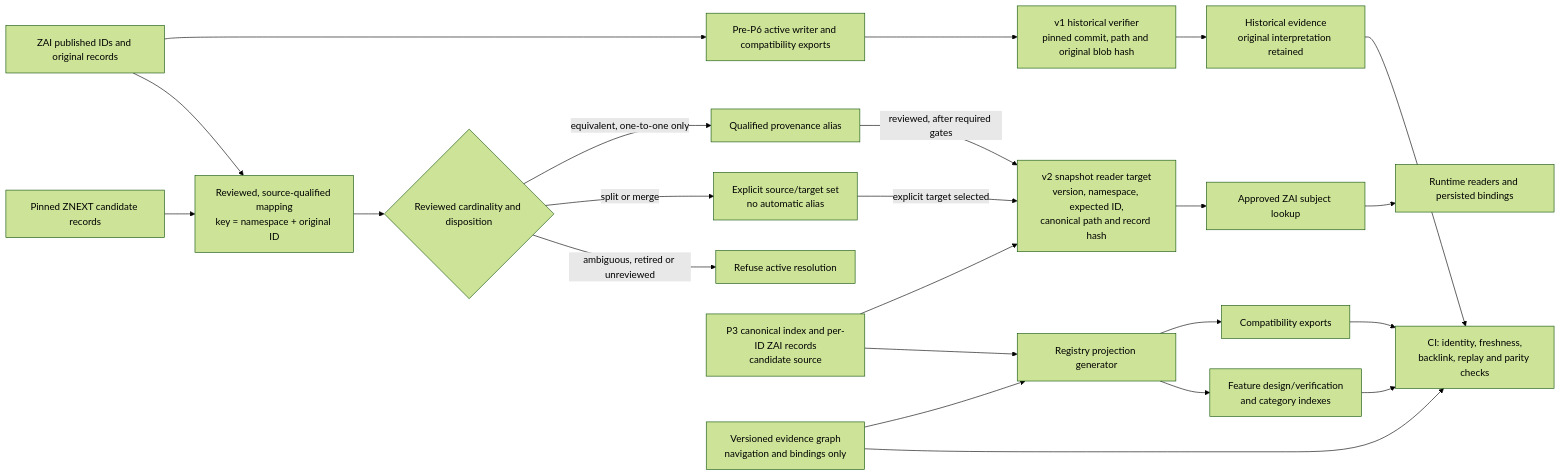
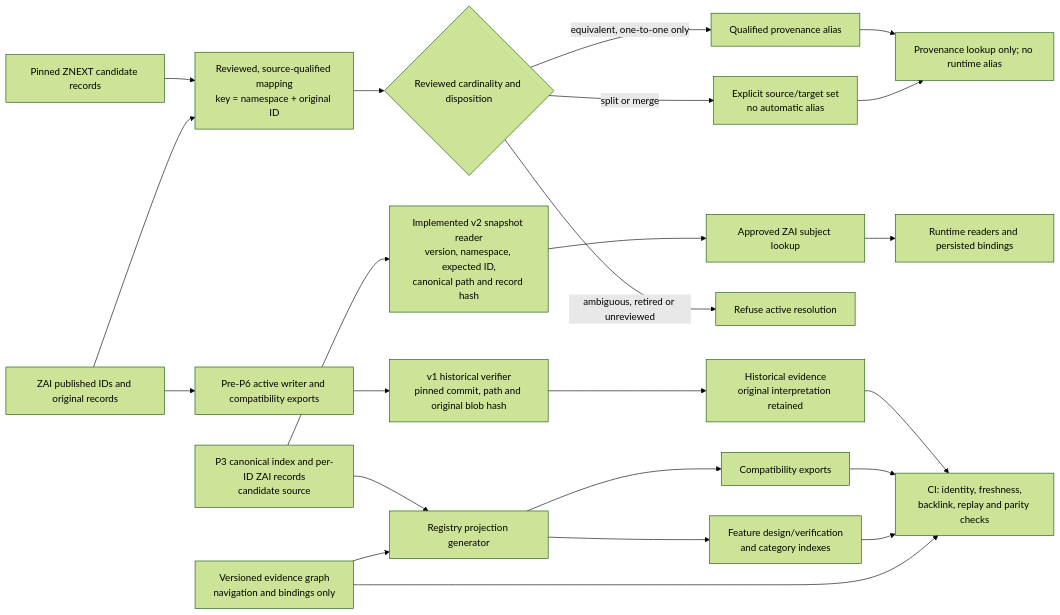
One commit to Freshair129/zuri.ai changed the first of 2 diagrams in docs/migrations/document-reintegration/DIAGRAMS.md. Above: the diagram before and after it, drawn with Mermaid (forest theme). The commit also changed other lines of this file and 19 other files, not shown here.

````diff
--- a/docs/migrations/document-reintegration/DIAGRAMS.md
+++ b/docs/migrations/document-reintegration/DIAGRAMS.md
@@ -14,29 +14,29 @@
 ```mermaid
 flowchart LR
   ZAI["ZAI published IDs and original records"] --> OLD["Pre-P6 active writer and compatibility exports"]
   OLD --> V1["v1 historical verifier<br/>pinned commit, path and original blob hash"]
   V1 --> HIST["Historical evidence<br/>original interpretation retained"]
 
   ZNEXT["Pinned ZNEXT candidate records"] --> MAP["Reviewed, source-qualified mapping<br/>key = namespace + original ID"]
   ZAI --> MAP
   MAP --> ONE{"Reviewed cardinality and disposition"}
   ONE -->|"equivalent, one-to-one only"| ALIAS["Qualified provenance alias"]
   ONE -->|"split or merge"| SET["Explicit source/target set<br/>no automatic alias"]
   ONE -->|"ambiguous, retired or unreviewed"| DENY["Refuse active resolution"]
 
-  IDX["P3 canonical index and per-ID ZAI records<br/>candidate source"] --> V2["v2 snapshot reader target<br/>version, namespace, expected ID,<br/>canonical path and record hash"]
-  ALIAS -->|"reviewed, after required gates"| V2
-  SET -->|"explicit target selected"| V2
+  IDX["P3 canonical index and per-ID ZAI records<br/>candidate source"] --> V2["Implemented v2 snapshot reader<br/>version, namespace, expected ID,<br/>canonical path and record hash"]
+  ALIAS --> PROV["Provenance lookup only; no runtime alias"]
+  SET --> PROV
   V2 --> ACTIVE["Approved ZAI subject lookup"]
 
   IDX --> GEN["Registry projection generator"]
   GRAPH["Versioned evidence graph<br/>navigation and bindings only"] --> GEN
   GEN --> EXPORT["Compatibility exports"]
   GEN --> VIEWS["Feature design/verification<br/>and category indexes"]
   ACTIVE --> RT["Runtime readers and persisted bindings"]
   CI["CI: identity, freshness,<br/>backlink, replay and parity checks"]
   HIST --> CI
   EXPORT --> CI
   VIEWS --> CI
   GRAPH --> CI
 ```
````
